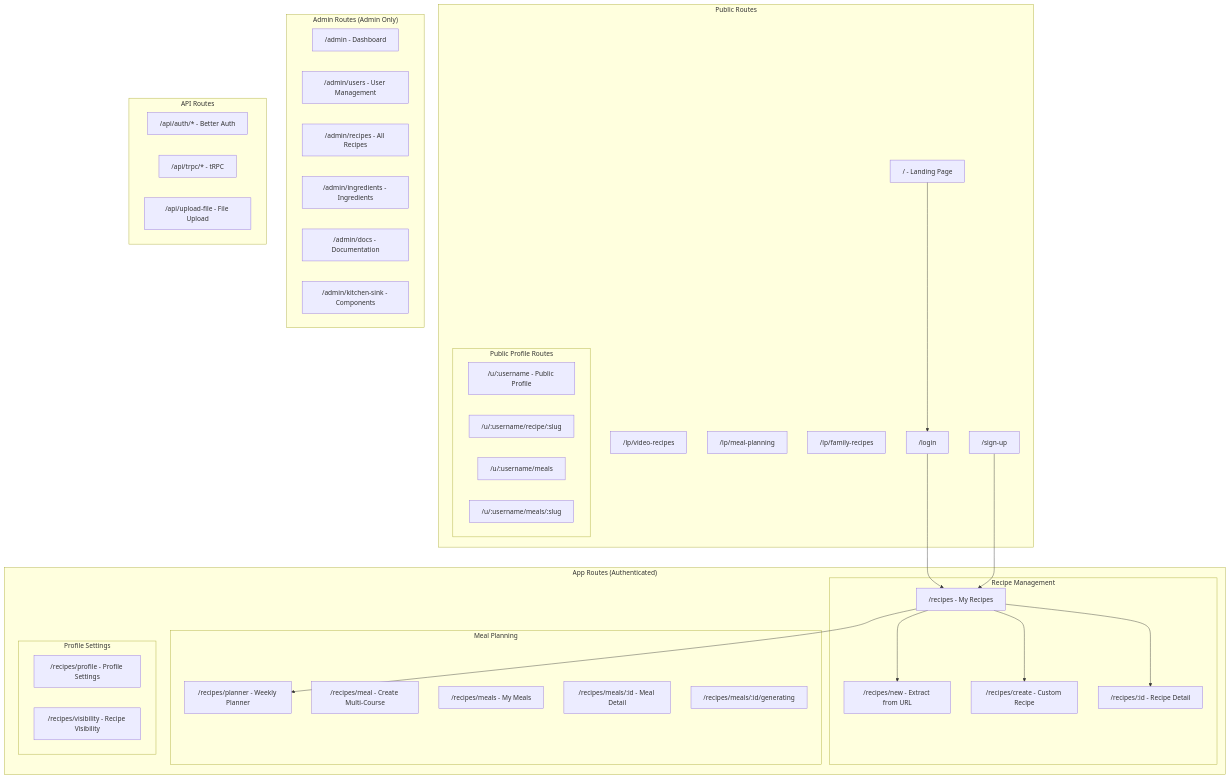
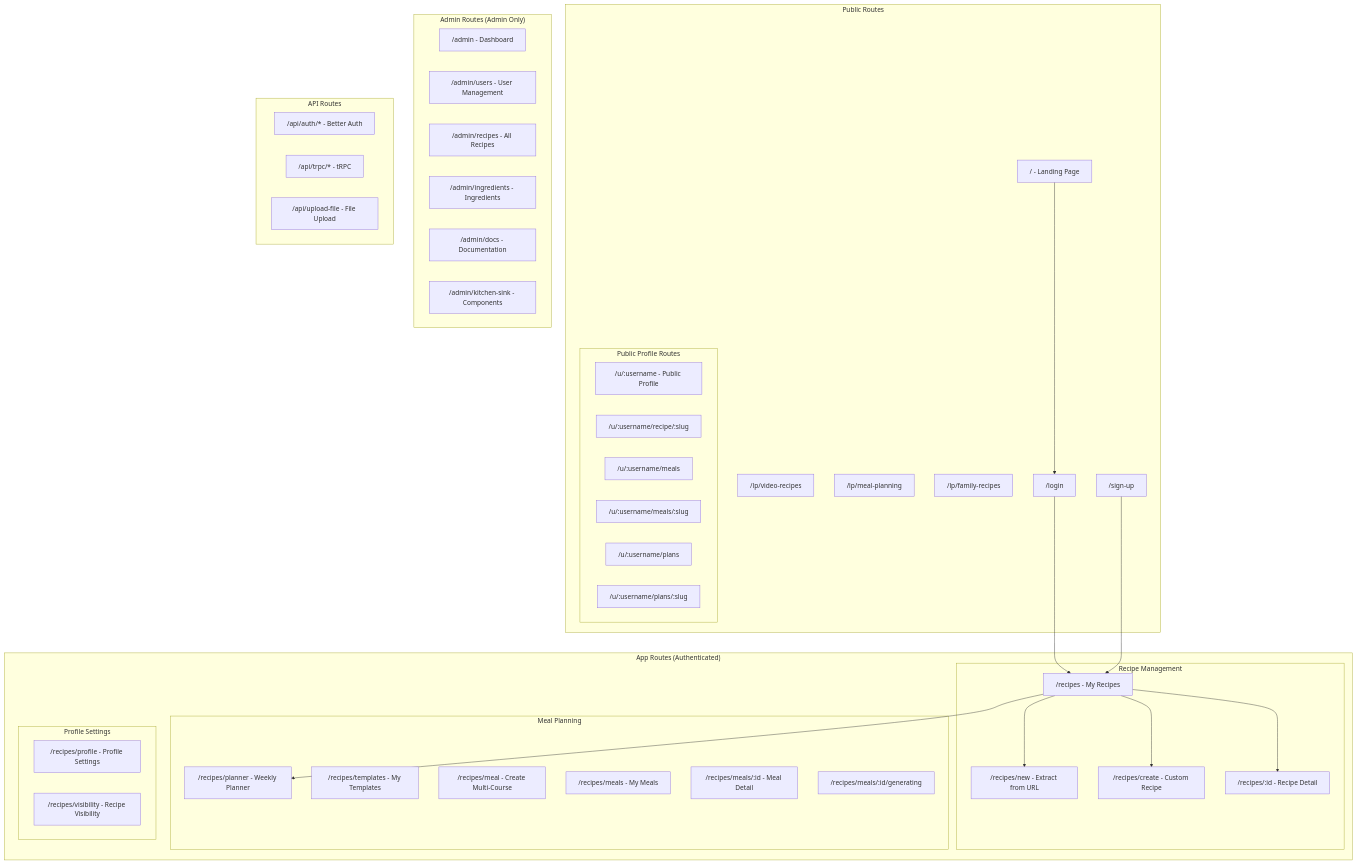
One commit to SeanningTatum/mise-en-place-2 changed the second of 10 diagrams in .cursor/context/high-level-architecture.md. Above: the diagram before and after it, drawn with Mermaid. The commit also changed other lines of this file and 131 other files, not shown here.

First line of the commit message:
feat: Add public meal plan templates with sharing and import (#7)

````diff
--- a/.cursor/context/high-level-architecture.md
+++ b/.cursor/context/high-level-architecture.md
@@ -60,63 +64,66 @@
 ```mermaid
 flowchart TD
     subgraph Public["Public Routes"]
         HOME["/ - Landing Page"]
         LP_VIDEO["/lp/video-recipes"]
         LP_MEAL["/lp/meal-planning"]
         LP_FAMILY["/lp/family-recipes"]
         LOGIN["/login"]
         SIGNUP["/sign-up"]
         
         subgraph PublicProfiles["Public Profile Routes"]
             PROFILE_U["/u/:username - Public Profile"]
             PROFILE_RECIPE["/u/:username/recipe/:slug"]
             PROFILE_MEALS["/u/:username/meals"]
             PROFILE_MEAL["/u/:username/meals/:slug"]
+            PROFILE_PLANS["/u/:username/plans"]
+            PROFILE_PLAN["/u/:username/plans/:slug"]
         end
     end
     
     subgraph App["App Routes (Authenticated)"]
         subgraph Recipes["Recipe Management"]
             R_INDEX["/recipes - My Recipes"]
             R_NEW["/recipes/new - Extract from URL"]
             R_CREATE["/recipes/create - Custom Recipe"]
             R_DETAIL["/recipes/:id - Recipe Detail"]
         end
         
         subgraph Planning["Meal Planning"]
             R_PLANNER["/recipes/planner - Weekly Planner"]
+            R_TEMPLATES["/recipes/templates - My Templates"]
             R_MEAL["/recipes/meal - Create Multi-Course"]
             R_MEALS["/recipes/meals - My Meals"]
             R_MEALS_ID["/recipes/meals/:id - Meal Detail"]
             R_MEALS_GEN["/recipes/meals/:id/generating"]
         end
         
         subgraph Profile["Profile Settings"]
             R_PROFILE["/recipes/profile - Profile Settings"]
             R_VIS["/recipes/visibility - Recipe Visibility"]
         end
     end
     
     subgraph Admin["Admin Routes (Admin Only)"]
         A_INDEX["/admin - Dashboard"]
         A_USERS["/admin/users - User Management"]
         A_RECIPES["/admin/recipes - All Recipes"]
         A_INGREDIENTS["/admin/ingredients - Ingredients"]
         A_DOCS["/admin/docs - Documentation"]
         A_KITCHEN["/admin/kitchen-sink - Components"]
     end
     
     subgraph API["API Routes"]
         API_AUTH["/api/auth/* - Better Auth"]
         API_TRPC["/api/trpc/* - tRPC"]
         API_UPLOAD["/api/upload-file - File Upload"]
     end
     
     HOME --> LOGIN
     LOGIN --> R_INDEX
     SIGNUP --> R_INDEX
     R_INDEX --> R_NEW
     R_INDEX --> R_CREATE
     R_INDEX --> R_DETAIL
     R_INDEX --> R_PLANNER
 ```
````
